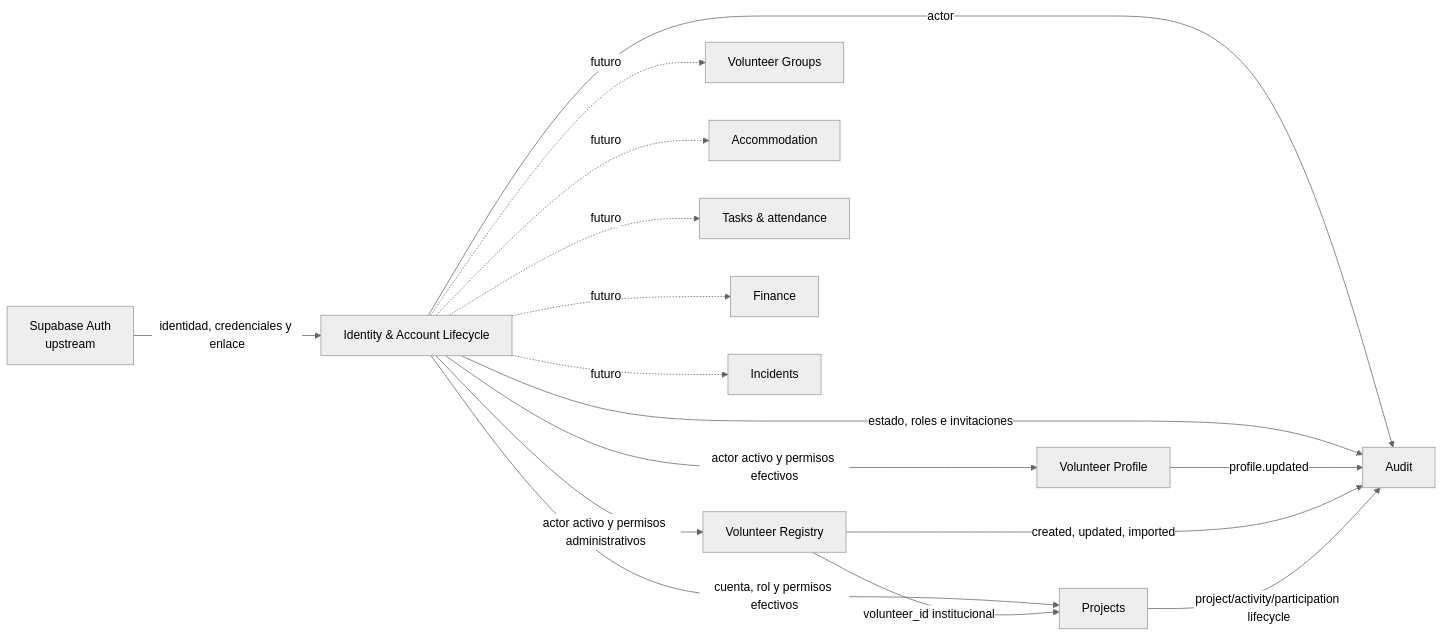
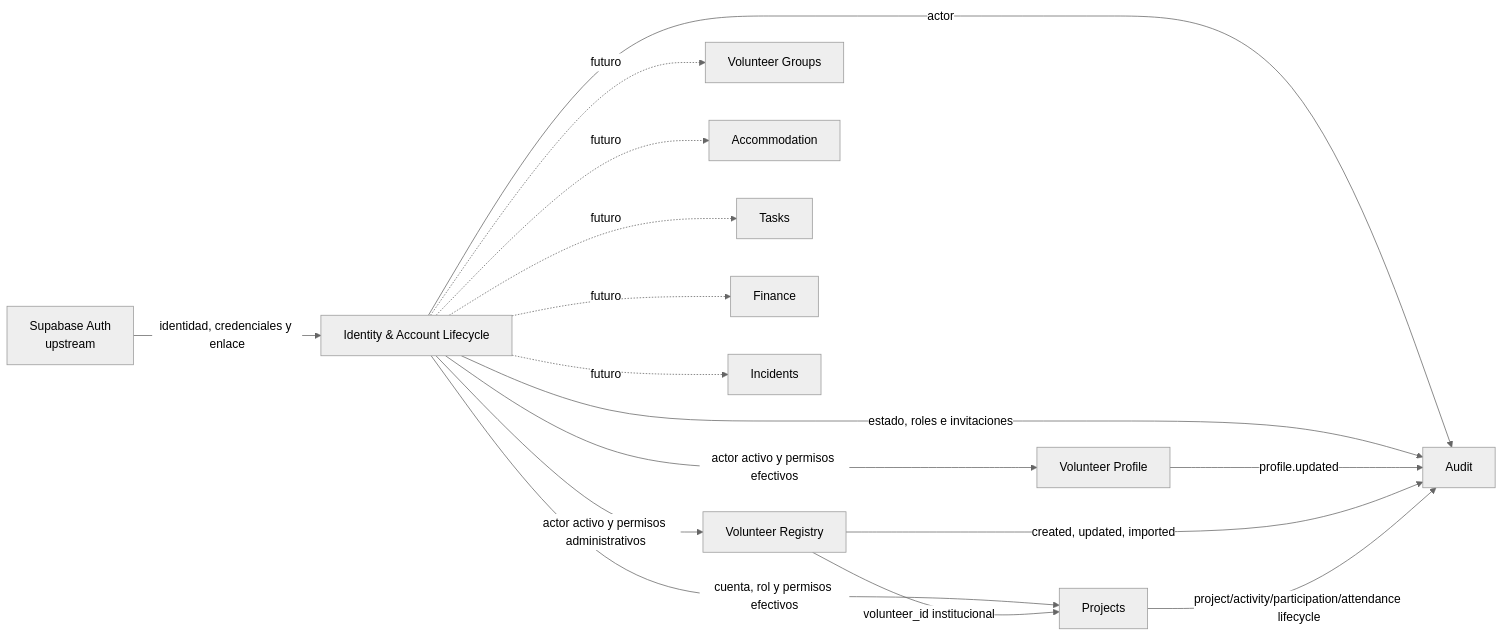
Before and after one commit to grovergonzalez8/Sistema-Voluntariado: the first of 2 diagrams in docs/architecture/context-map.md, drawn with Mermaid (neutral theme). The commit also changed other lines of this file and 50 other files, not shown here.

First line of the commit message:
feat(projects): add activity attendance v1 (#10)

````diff
--- a/docs/architecture/context-map.md
+++ b/docs/architecture/context-map.md
@@ -3,18 +3,18 @@
 ```mermaid
 flowchart LR
   Auth["Supabase Auth\nupstream"] -->|identidad, credenciales y enlace| Identity["Identity & Account Lifecycle"]
   Identity -->|actor activo y permisos efectivos| Profile["Volunteer Profile"]
   Identity -->|actor activo y permisos administrativos| Registry["Volunteer Registry"]
   Identity -->|cuenta, rol y permisos efectivos| Projects["Projects"]
   Registry -->|volunteer_id institucional| Projects
   Identity -->|actor| Audit["Audit"]
   Identity -->|estado, roles e invitaciones| Audit
   Profile -->|profile.updated| Audit
   Registry -->|created, updated, imported| Audit
-  Projects -->|project/activity/participation lifecycle| Audit
+  Projects -->|project/activity/participation/attendance lifecycle| Audit
   Identity -. futuro .-> Groups["Volunteer Groups"]
   Identity -. futuro .-> Accommodation["Accommodation"]
-  Identity -. futuro .-> Tasks["Tasks & attendance"]
+  Identity -. futuro .-> Tasks["Tasks"]
   Identity -. futuro .-> Finance["Finance"]
   Identity -. futuro .-> Incidents["Incidents"]
 ```
````
